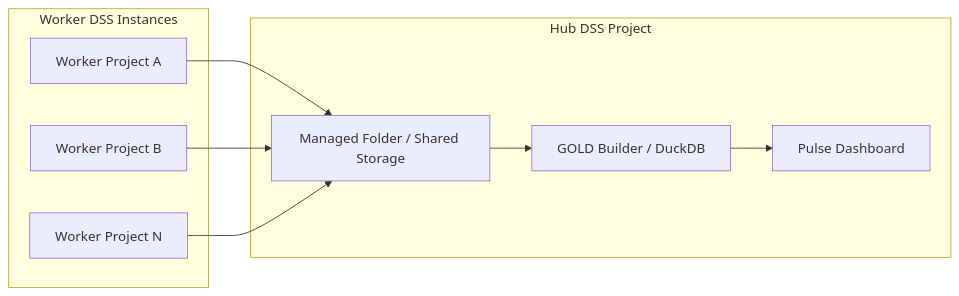
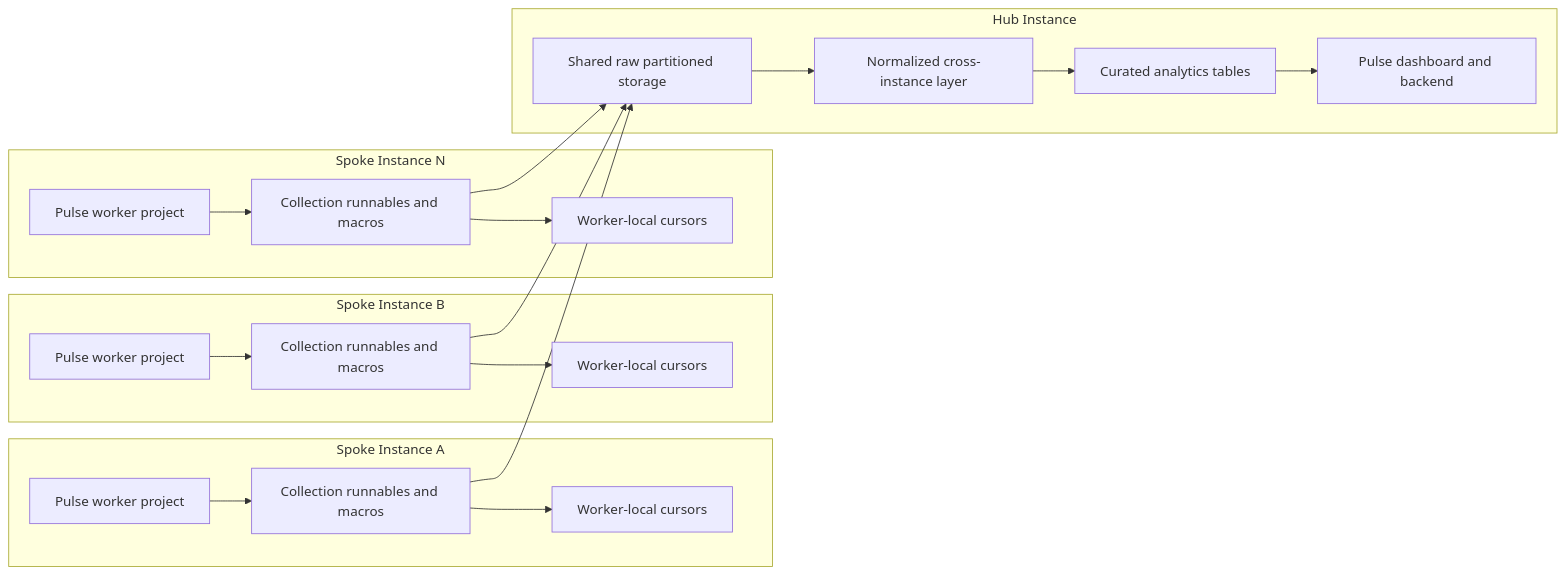
Before and after one commit to dataiku/dss-plugin-dataiku-pulse: the diagram in docs/architecture.md, drawn with Mermaid. The commit also changed other lines of this file and 4 other files, not shown here.

````diff
--- a/docs/architecture.md
+++ b/docs/architecture.md
@@ -7,20 +34,38 @@
 ```mermaid
 flowchart LR
-    subgraph Workers[Worker DSS Instances]
-        W1[Worker Project A]
-        W2[Worker Project B]
-        WN[Worker Project N]
+    subgraph S1[Spoke Instance A]
+        W1[Pulse worker project]
+        C1[Collection runnables and macros]
+        CUR1[Worker-local cursors]
+        W1 --> C1
+        C1 --> CUR1
     end
 
-    subgraph Hub[Hub DSS Project]
-        MF[Managed Folder / Shared Storage]
-        GOLD[GOLD Builder / DuckDB]
-        DASH[Pulse Dashboard]
+    subgraph S2[Spoke Instance B]
+        W2[Pulse worker project]
+        C2[Collection runnables and macros]
+        CUR2[Worker-local cursors]
+        W2 --> C2
+        C2 --> CUR2
     end
 
-    W1 --> MF
-    W2 --> MF
-    WN --> MF
-    MF --> GOLD
-    GOLD --> DASH
+    subgraph S3[Spoke Instance N]
+        WN[Pulse worker project]
+        CN[Collection runnables and macros]
+        CURN[Worker-local cursors]
+        WN --> CN
+        CN --> CURN
+    end
+
+    subgraph H[Hub Instance]
+        HF[Shared raw partitioned storage]
+        SILVER[Normalized cross-instance layer]
+        GOLD[Curated analytics tables]
+        DASH[Pulse dashboard and backend]
+        HF --> SILVER --> GOLD --> DASH
+    end
+
+    C1 --> HF
+    C2 --> HF
+    CN --> HF
 ```
````
